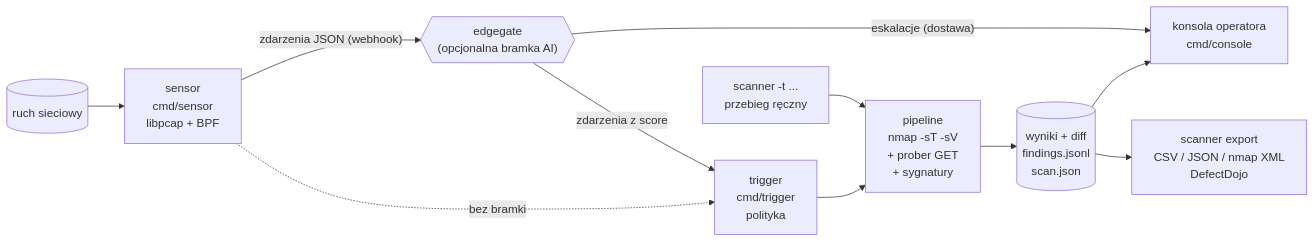
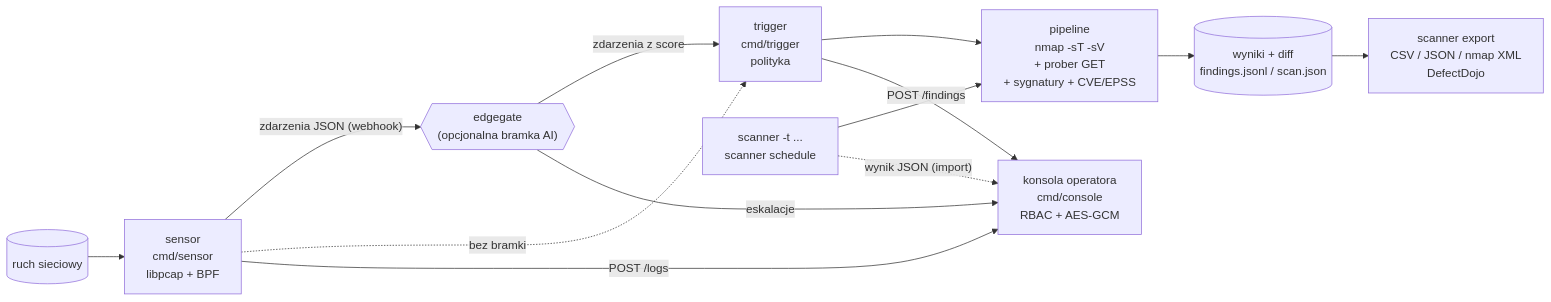
Before and after one commit to Inner-Savages/hacknation2026-attack-surface-intelligence: the diagram in docs/ARCHITECTURE.md, drawn with Mermaid. The commit also changed other lines of this file and 2 other files, not shown here.

Commit message:
docs: update architecture, slides and demo scenario to current main

````diff
--- a/docs/ARCHITECTURE.md
+++ b/docs/ARCHITECTURE.md
@@ -23,13 +26,15 @@
 ```mermaid
 flowchart LR
     NET[(ruch sieciowy)] --> S[sensor<br/>cmd/sensor<br/>libpcap + BPF]
     S -- "zdarzenia JSON (webhook)" --> G{{"edgegate<br/>(opcjonalna bramka AI)"}}
     S -. "bez bramki" .-> T
     G -- "zdarzenia z score" --> T[trigger<br/>cmd/trigger<br/>polityka]
-    T --> P[pipeline<br/>nmap -sT -sV<br/>+ prober GET<br/>+ sygnatury]
-    P --> R[(wyniki + diff<br/>findings.jsonl<br/>scan.json)]
-    R --> C[konsola operatora<br/>cmd/console]
+    T --> P[pipeline<br/>nmap -sT -sV<br/>+ prober GET<br/>+ sygnatury + CVE/EPSS]
+    P --> R[(wyniki + diff<br/>findings.jsonl / scan.json)]
+    T -- "POST /findings" --> C
+    S -- "POST /logs" --> C
     R --> X[scanner export<br/>CSV / JSON / nmap XML<br/>DefectDojo]
-    CLI[scanner -t ...<br/>przebieg ręczny] --> P
-    G -- "eskalacje (dostawa)" --> C
+    CLI[scanner -t ...<br/>scanner schedule] --> P
+    CLI -. "wynik JSON (import)" .-> C[konsola operatora<br/>cmd/console<br/>RBAC + AES-GCM]
+    G -- "eskalacje" --> C
 ```
````
